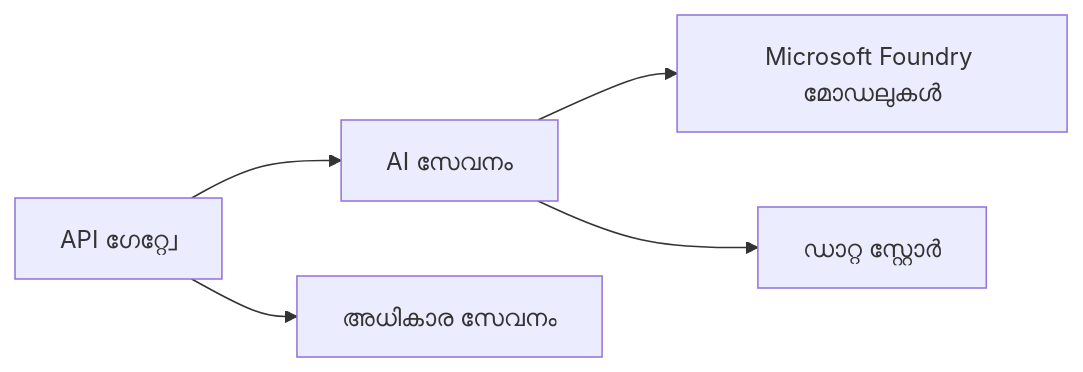
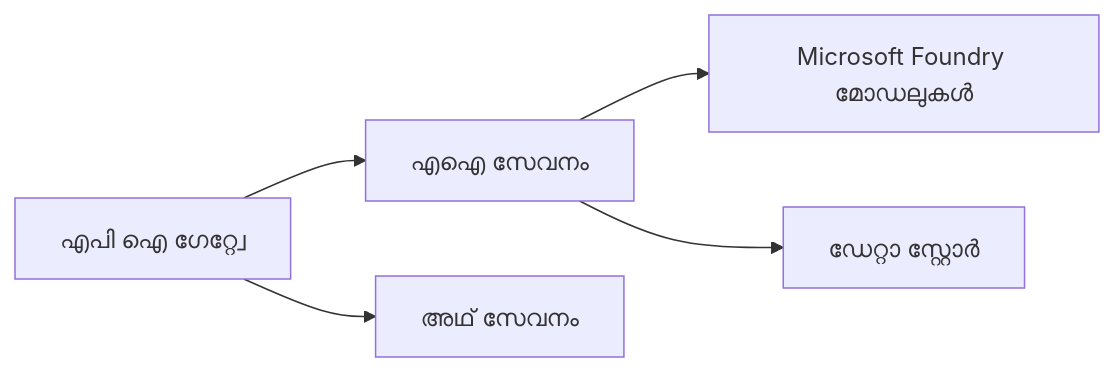
Before and after one commit to microsoft/AZD-for-beginners: the first of 2 diagrams in translations/ml/docs/chapter-08-production/README.md, drawn with Mermaid. The commit also changed other lines of this file and 104 other files, not shown here.

````diff
--- a/translations/ml/docs/chapter-08-production/README.md
+++ b/translations/ml/docs/chapter-08-production/README.md
@@ -48,6 +48,6 @@
 ```mermaid
 graph LR
-    Gateway[API ഗേറ്റ്വേ] --> AI[AI സേവനം] --> Models[Microsoft Foundry മോഡലുകൾ]
-    Gateway --> Auth[അധികാര സേവനം]
-    AI --> Data[ഡാറ്റ സ്റ്റോർ]
+    Gateway[എപി ഐ ഗേറ്റ്വേ] --> AI[എഐ സേവനം] --> Models[Microsoft Foundry മോഡലുകൾ]
+    Gateway --> Auth[അഥ് സേവനം]
+    AI --> Data[ഡേറ്റാ സ്റ്റോർ]
 ```
````
